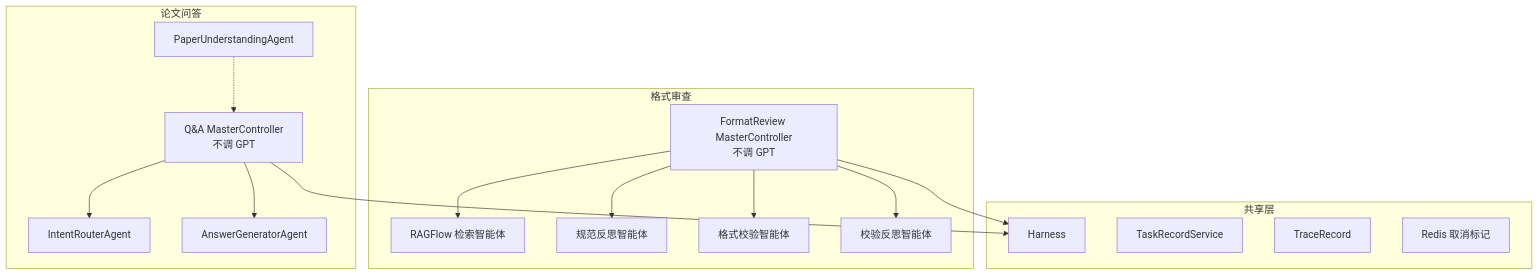
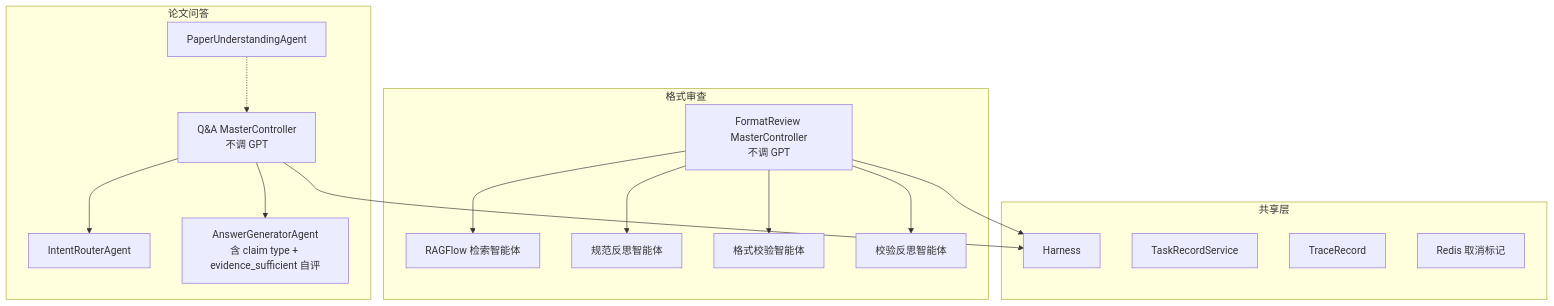
The fourth of 4 diagrams in 论文问答多智能体架构改进方案_V1.0.md (szy2334/ragflow-course-project), drawn with Mermaid before and after one commit. The commit also changed other lines of this file, not shown here.

````diff
--- a/论文问答多智能体架构改进方案_V1.0.md
+++ b/论文问答多智能体架构改进方案_V1.0.md
@@ -324,31 +318,31 @@
 ```mermaid
 flowchart TD
     subgraph 论文问答
         QA_MC["Q&A MasterController\n不调 GPT"]
         QA_IRA["IntentRouterAgent"]
         QA_PUA["PaperUnderstandingAgent"]
-        QA_AGA["AnswerGeneratorAgent"]
+        QA_AGA["AnswerGeneratorAgent\n含 claim type + evidence_sufficient 自评"]
         QA_MC --> QA_IRA
         QA_MC --> QA_AGA
         QA_PUA -.-> QA_MC
     end
     subgraph 格式审查
         FR_MC["FormatReview MasterController\n不调 GPT"]
         FR_RAG["RAGFlow 检索智能体"]
         FR_RS["规范反思智能体"]
         FR_FC["格式校验智能体"]
         FR_RV["校验反思智能体"]
         FR_MC --> FR_RAG
         FR_MC --> FR_RS
         FR_MC --> FR_FC
         FR_MC --> FR_RV
     end
     subgraph 共享层
         H["Harness"]
         TS["TaskRecordService"]
         TR["TraceRecord"]
         RD["Redis 取消标记"]
     end
     QA_MC --> H
     FR_MC --> H
 ```
````
